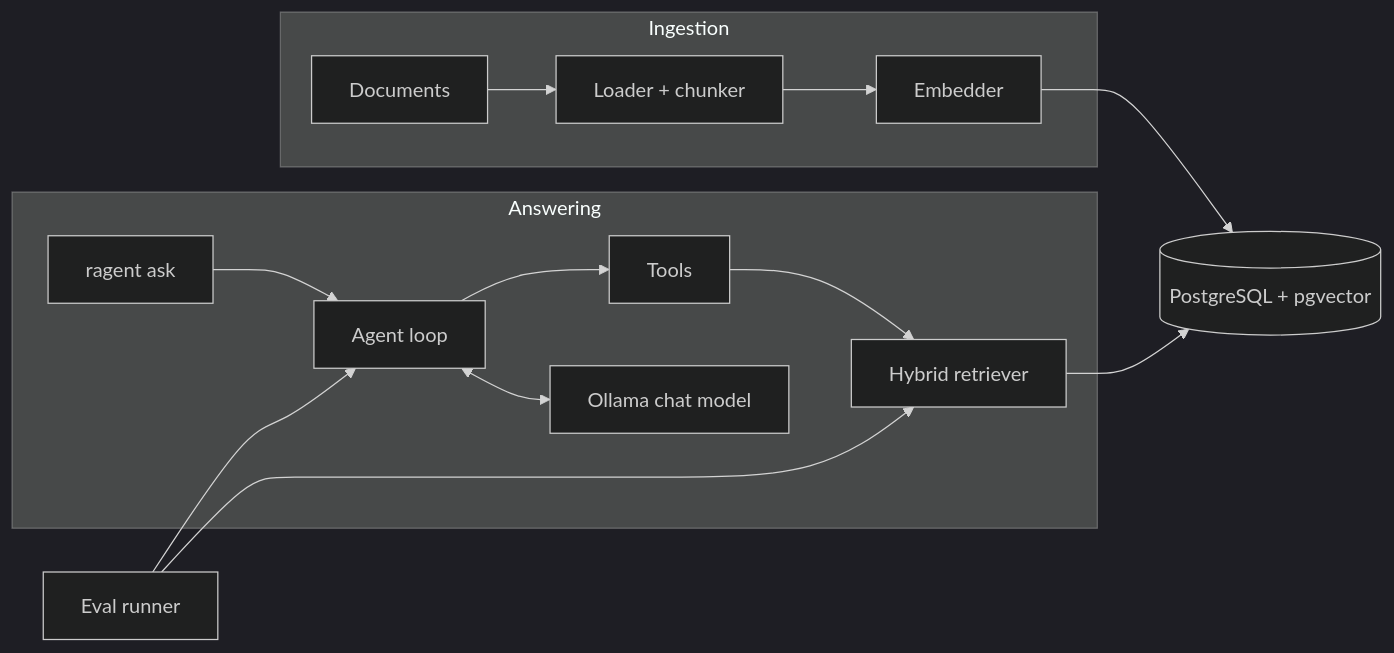
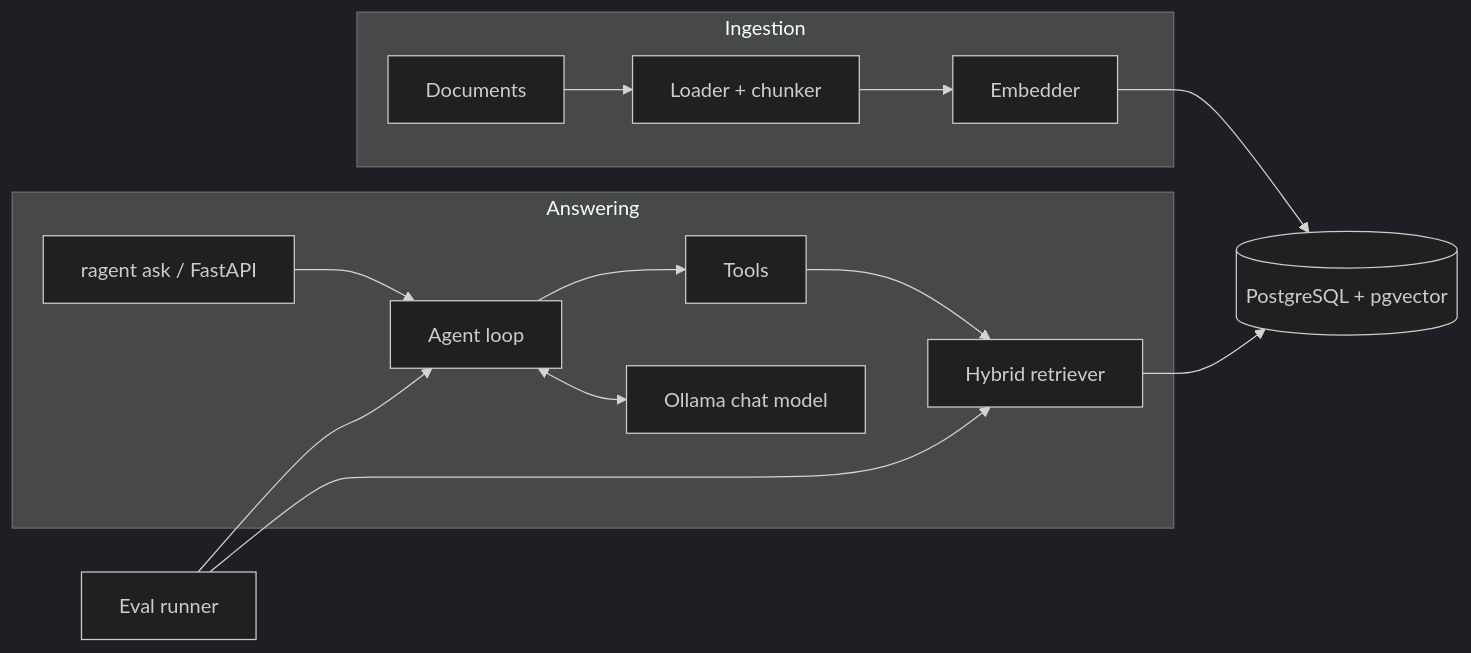
The diagram in README.md (Mohamedboukadida-lang/agentic), drawn with Mermaid (dark theme) before and after one commit. The commit also changed other lines of this file and 2 other files, not shown here.

First line of the commit message:
Document the HTTP API and update the part 4 tracking

````diff
--- a/README.md
+++ b/README.md
@@ -17,14 +17,14 @@
 ```mermaid
 flowchart LR
   subgraph Ingestion
     D[Documents] --> L[Loader + chunker] --> E[Embedder]
   end
   E --> S[(PostgreSQL + pgvector)]
   subgraph Answering
-    C[ragent ask] --> G[Agent loop] --> T[Tools] --> R[Hybrid retriever]
+    C[ragent ask / FastAPI] --> G[Agent loop] --> T[Tools] --> R[Hybrid retriever]
     G <--> M[Ollama chat model]
   end
   R --> S
   V[Eval runner] --> R
   V --> G
 ```
````
